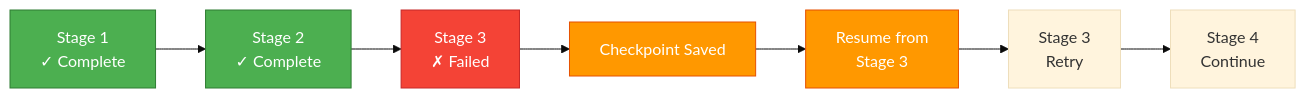
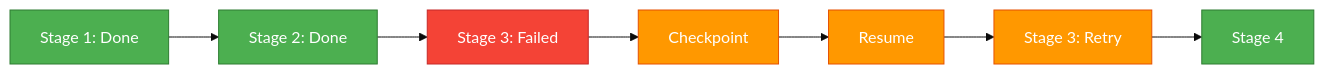
The seventh of 9 diagrams in docs/presentation/pipeline-architecture.md (ssahani/hyper2kvm), drawn with Mermaid (base theme) before and after one commit. The commit also changed other lines of this file, not shown here.

First line of the commit message:
fix: Completely rewrite Mermaid diagrams for GitHub compatibility

````diff
--- a/docs/presentation/pipeline-architecture.md
+++ b/docs/presentation/pipeline-architecture.md
@@ -326,18 +361,17 @@
 ```mermaid
 graph LR
-    S1[Stage 1<br/>✓ Complete] --> S2[Stage 2<br/>✓ Complete]
-    S2 --> S3[Stage 3<br/>✗ Failed]
-    S3 --> CHK[Checkpoint Saved]
-
-    CHK --> RESUME[Resume from<br/>Stage 3]
-    RESUME --> S3B[Stage 3<br/>Retry]
-    S3B --> S4[Stage 4<br/>Continue]
+    S1[Stage 1: Done] --> S2[Stage 2: Done]
+    S2 --> S3[Stage 3: Failed]
+    S3 --> CHK[Checkpoint]
+    CHK --> RESUME[Resume]
+    RESUME --> S3B[Stage 3: Retry]
+    S3B --> S4[Stage 4]
 
     classDef done fill:#4CAF50,stroke:#2E7D32,color:#fff
     classDef failed fill:#F44336,stroke:#C62828,color:#fff
     classDef checkpoint fill:#FF9800,stroke:#E65100,color:#fff
 
-    class S1,S2 done
+    class S1,S2,S4 done
     class S3 failed
-    class CHK,RESUME checkpoint
+    class CHK,RESUME,S3B checkpoint
 ```
````
